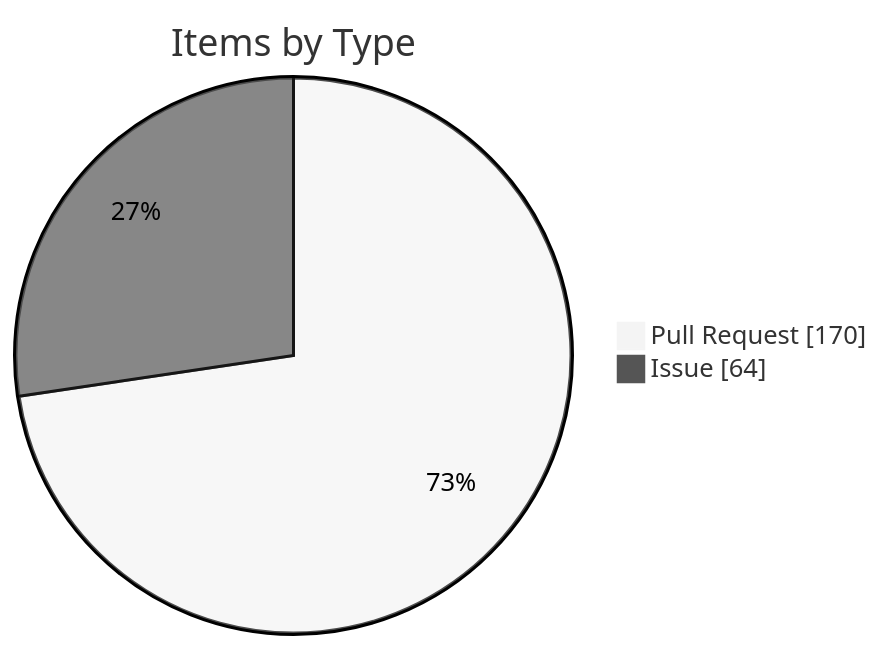
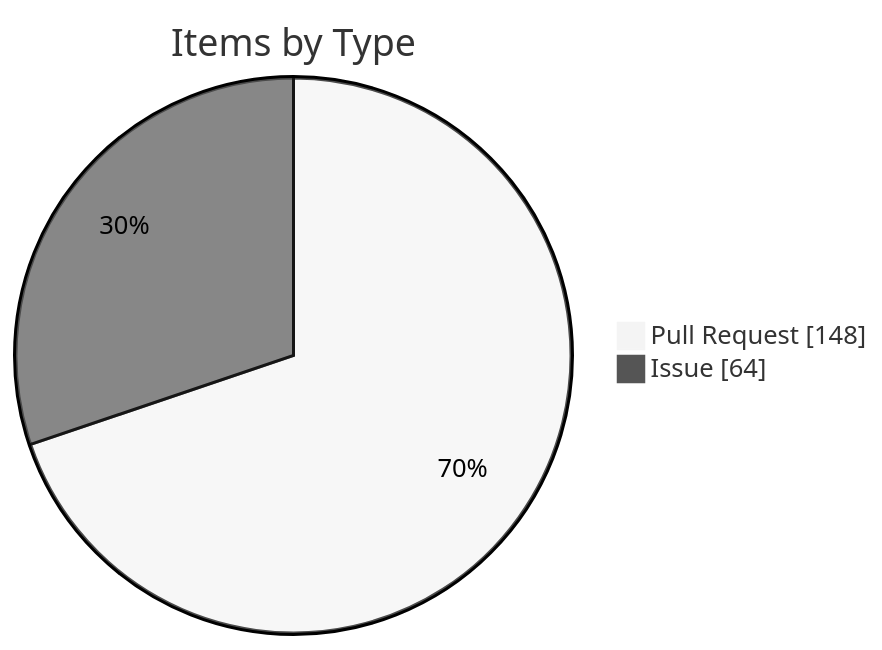
Before and after one commit to KBVE/kbve: the fourth of 4 diagrams in apps/kbve/astro-kbve/src/content/docs/dashboard/kanban-data.mdx, drawn with Mermaid (neutral theme). The commit also changed other lines of this file and 5 other files, not shown here.

````diff
--- a/apps/kbve/astro-kbve/src/content/docs/dashboard/kanban-data.mdx
+++ b/apps/kbve/astro-kbve/src/content/docs/dashboard/kanban-data.mdx
@@ -116,6 +116,6 @@
 ```mermaid
 pie showData
     title Items by Type
-    "Pull Request" : 170
+    "Pull Request" : 148
     "Issue" : 64
 ```
````
